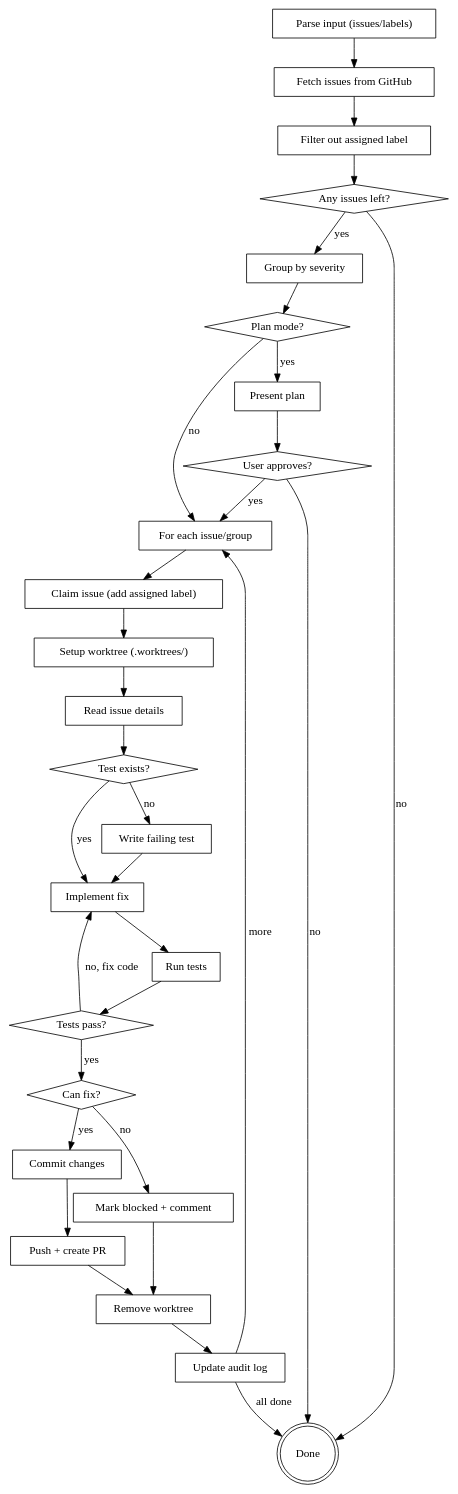
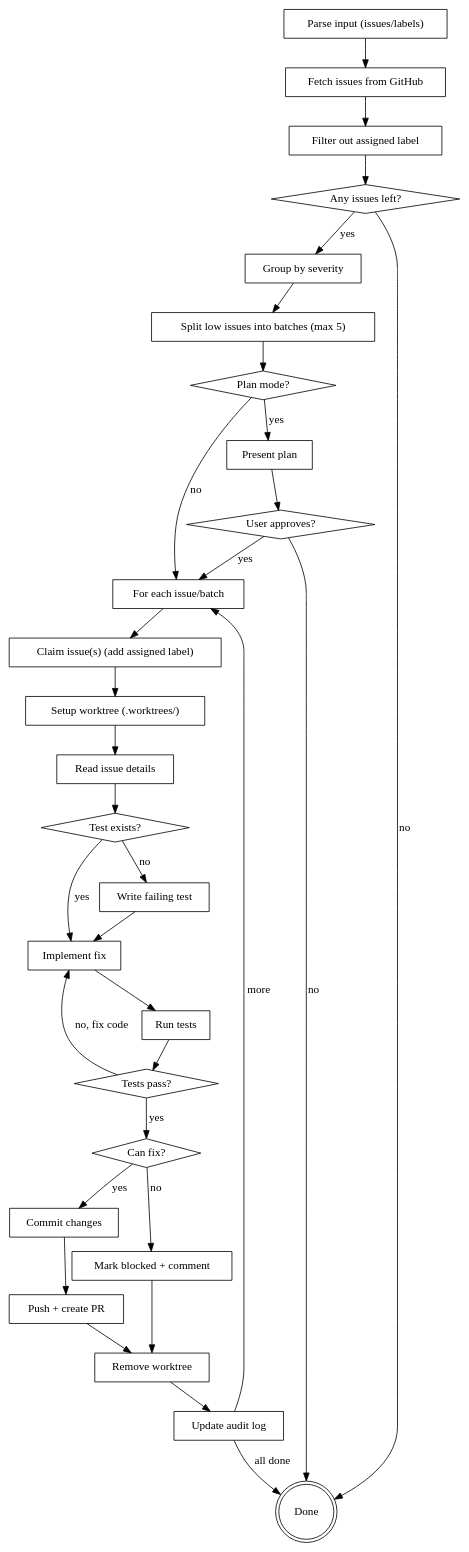
One commit to satriachandrayw/claude-plugin-marketplaces changed the diagram in bug-fixer/skills/bug-fixer/SKILL.md. Above: the diagram before and after it, drawn with Graphviz. The commit also changed other lines of this file and 7 other files, not shown here.

````diff
--- a/bug-fixer/skills/bug-fixer/SKILL.md
+++ b/bug-fixer/skills/bug-fixer/SKILL.md
@@ -795,61 +828,63 @@
 ```dot
 digraph bug_fixer {
     rankdir=TB;
 
     "Parse input (issues/labels)" [shape=box];
     "Fetch issues from GitHub" [shape=box];
     "Filter out assigned label" [shape=box];
     "Any issues left?" [shape=diamond];
     "Group by severity" [shape=box];
+    "Split low issues into batches (max 5)" [shape=box];
     "Plan mode?" [shape=diamond];
     "Present plan" [shape=box];
     "User approves?" [shape=diamond];
-    "For each issue/group" [shape=box];
-    "Claim issue (add assigned label)" [shape=box];
+    "For each issue/batch" [shape=box];
+    "Claim issue(s) (add assigned label)" [shape=box];
     "Setup worktree (.worktrees/)" [shape=box];
     "Read issue details" [shape=box];
     "Test exists?" [shape=diamond];
     "Write failing test" [shape=box];
     "Implement fix" [shape=box];
     "Run tests" [shape=box];
     "Tests pass?" [shape=diamond];
     "Can fix?" [shape=diamond];
     "Mark blocked + comment" [shape=box];
     "Commit changes" [shape=box];
     "Push + create PR" [shape=box];
     "Remove worktree" [shape=box];
     "Update audit log" [shape=box];
     "Done" [shape=doublecircle];
 
     "Parse input (issues/labels)" -> "Fetch issues from GitHub";
     "Fetch issues from GitHub" -> "Filter out assigned label";
     "Filter out assigned label" -> "Any issues left?";
     "Any issues left?" -> "Done" [label="no"];
     "Any issues left?" -> "Group by severity" [label="yes"];
-    "Group by severity" -> "Plan mode?";
+    "Group by severity" -> "Split low issues into batches (max 5)";
+    "Split low issues into batches (max 5)" -> "Plan mode?";
     "Plan mode?" -> "Present plan" [label="yes"];
-    "Plan mode?" -> "For each issue/group" [label="no"];
+    "Plan mode?" -> "For each issue/batch" [label="no"];
     "Present plan" -> "User approves?";
-    "User approves?" -> "For each issue/group" [label="yes"];
+    "User approves?" -> "For each issue/batch" [label="yes"];
     "User approves?" -> "Done" [label="no"];
-    "For each issue/group" -> "Claim issue (add assigned label)";
-    "Claim issue (add assigned label)" -> "Setup worktree (.worktrees/)";
+    "For each issue/batch" -> "Claim issue(s) (add assigned label)";
+    "Claim issue(s) (add assigned label)" -> "Setup worktree (.worktrees/)";
     "Setup worktree (.worktrees/)" -> "Read issue details";
     "Read issue details" -> "Test exists?";
     "Test exists?" -> "Write failing test" [label="no"];
     "Test exists?" -> "Implement fix" [label="yes"];
     "Write failing test" -> "Implement fix";
     "Implement fix" -> "Run tests";
     "Run tests" -> "Tests pass?";
     "Tests pass?" -> "Can fix?" [label="yes"];
     "Tests pass?" -> "Implement fix" [label="no, fix code"];
     "Can fix?" -> "Mark blocked + comment" [label="no"];
     "Can fix?" -> "Commit changes" [label="yes"];
     "Commit changes" -> "Push + create PR";
     "Push + create PR" -> "Remove worktree";
     "Remove worktree" -> "Update audit log";
     "Mark blocked + comment" -> "Remove worktree";
-    "Update audit log" -> "For each issue/group" [label="more"];
+    "Update audit log" -> "For each issue/batch" [label="more"];
     "Update audit log" -> "Done" [label="all done"];
 }
 ```
````
